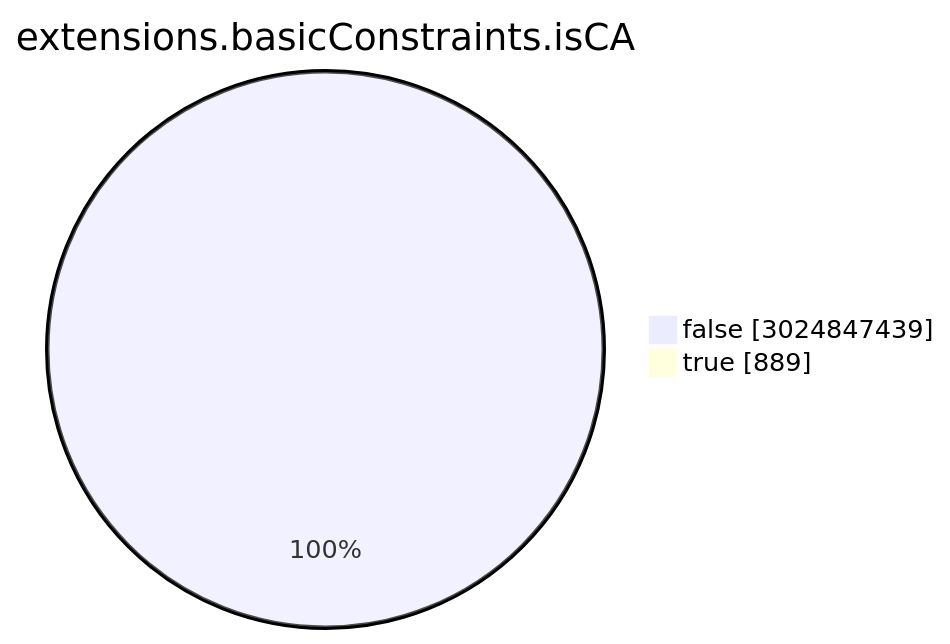
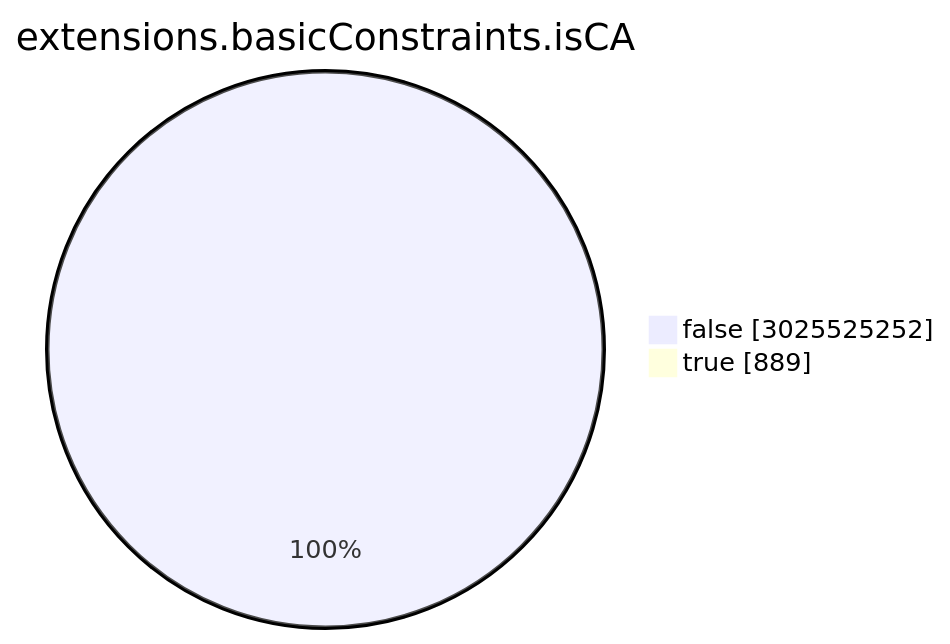
Before and after one commit to christiankrug/ctmonitor_visualization: the seventh of 15 diagrams in TOTAL/README.md, drawn with Mermaid. The commit also changed other lines of this file, not shown here.

````diff
--- a/TOTAL/README.md
+++ b/TOTAL/README.md
@@ -3086,6 +3086,6 @@
 ```mermaid
 pie showData
 title extensions.basicConstraints.isCA
-"false" :3024847439
+"false" :3025525252
 "true" :889
 ```
````
